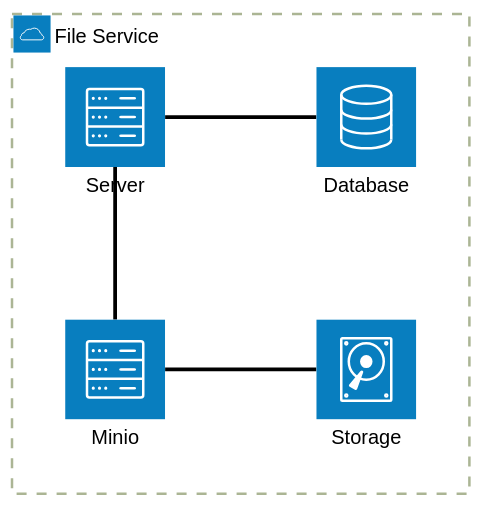
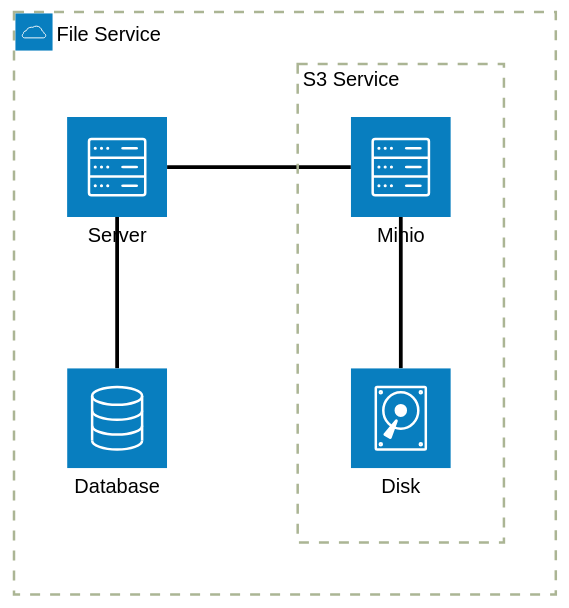
The first of 11 diagrams in README.md (niuiic/file-service), drawn with Mermaid (forest theme) before and after one commit. The commit also changed other lines of this file, not shown here.

````diff
--- a/README.md
+++ b/README.md
@@ -22,13 +23,17 @@
 ```mermaid
 architecture-beta
+    %% file_service
     group file_service(cloud)[File Service]
+    service server(server)[Server] in file_service
+    service database(database)[Database] in file_service
 
-    service db(database)[Database] in file_service
-    service disk(disk)[Storage] in file_service
-    service server(server)[Server] in file_service
-    service minio(server)[Minio] in file_service
+    server:B -- T:database
+    server:R -- L:minio
 
-    db:L -- R:server
-    disk:L -- R:minio
-    server:B -- T:minio
+    %% s3_service
+    group s3_service[S3 Service] in file_service
+    service minio(server)[Minio] in s3_service
+    service disk(disk)[Disk] in s3_service
+
+    minio:B -- T:disk
 ```
````
